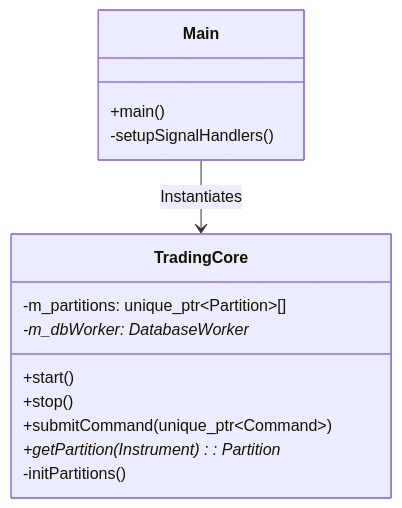
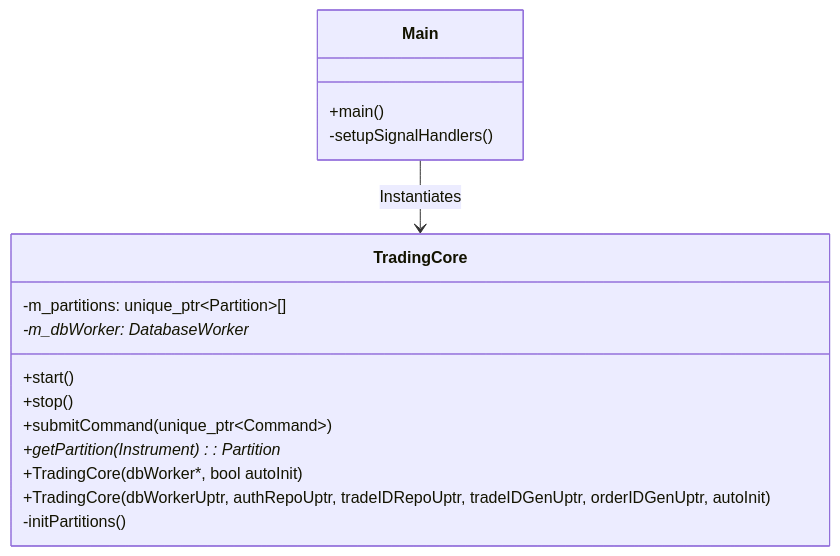
The second of 2 diagrams in exchange/exchange_app/README.md (SujalChoudhari/BetaTrader), drawn with Mermaid before and after one commit. The commit also changed 7 other files, not shown here.

````diff
--- a/exchange/exchange_app/README.md
+++ b/exchange/exchange_app/README.md
@@ -41,19 +41,21 @@
 ```mermaid
 classDiagram
     class TradingCore {
         +start()
         +stop()
         +submitCommand(unique_ptr~Command~)
         +getPartition(Instrument) : Partition*
+        +TradingCore(dbWorker*, bool autoInit)
+        +TradingCore(dbWorkerUptr, authRepoUptr, tradeIDRepoUptr, tradeIDGenUptr, orderIDGenUptr, autoInit)
         -initPartitions()
         -m_partitions: unique_ptr~Partition~[]
         -m_dbWorker: DatabaseWorker*
     }
 
     class Main {
         +main()
         -setupSignalHandlers()
     }
 
     Main --> TradingCore : Instantiates
 ```
````
